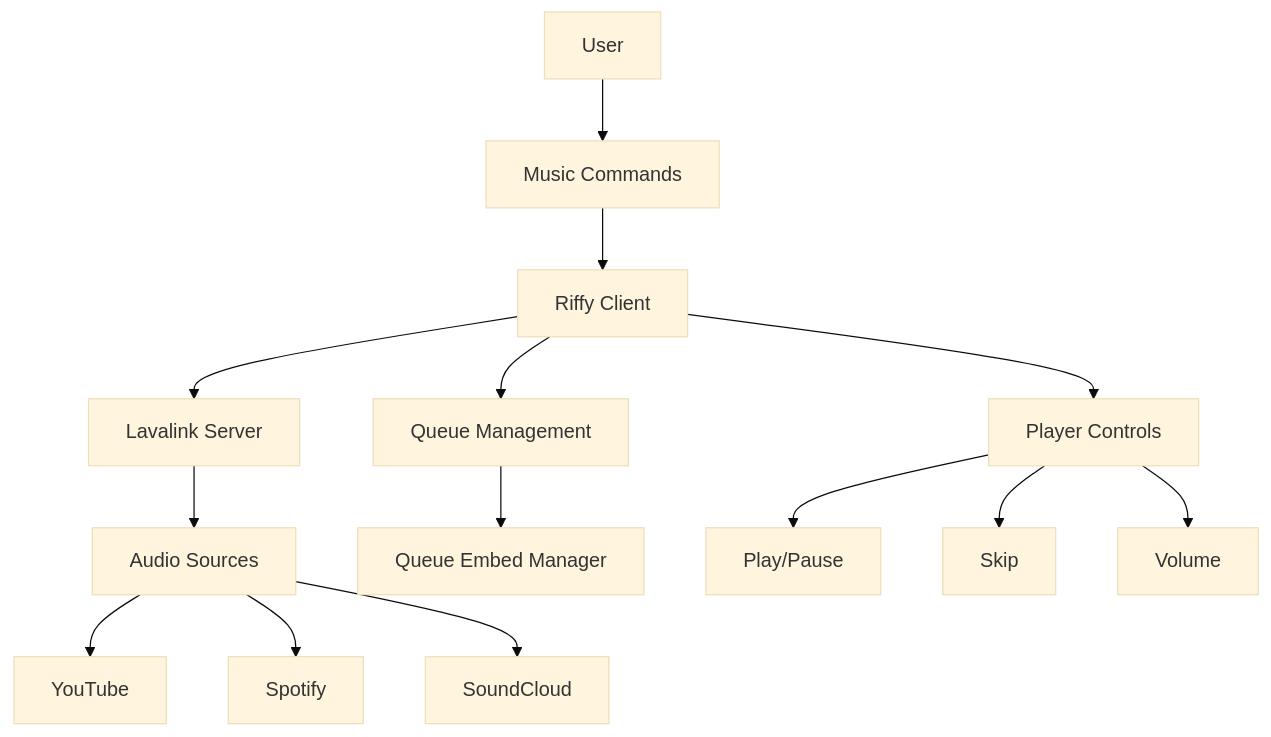
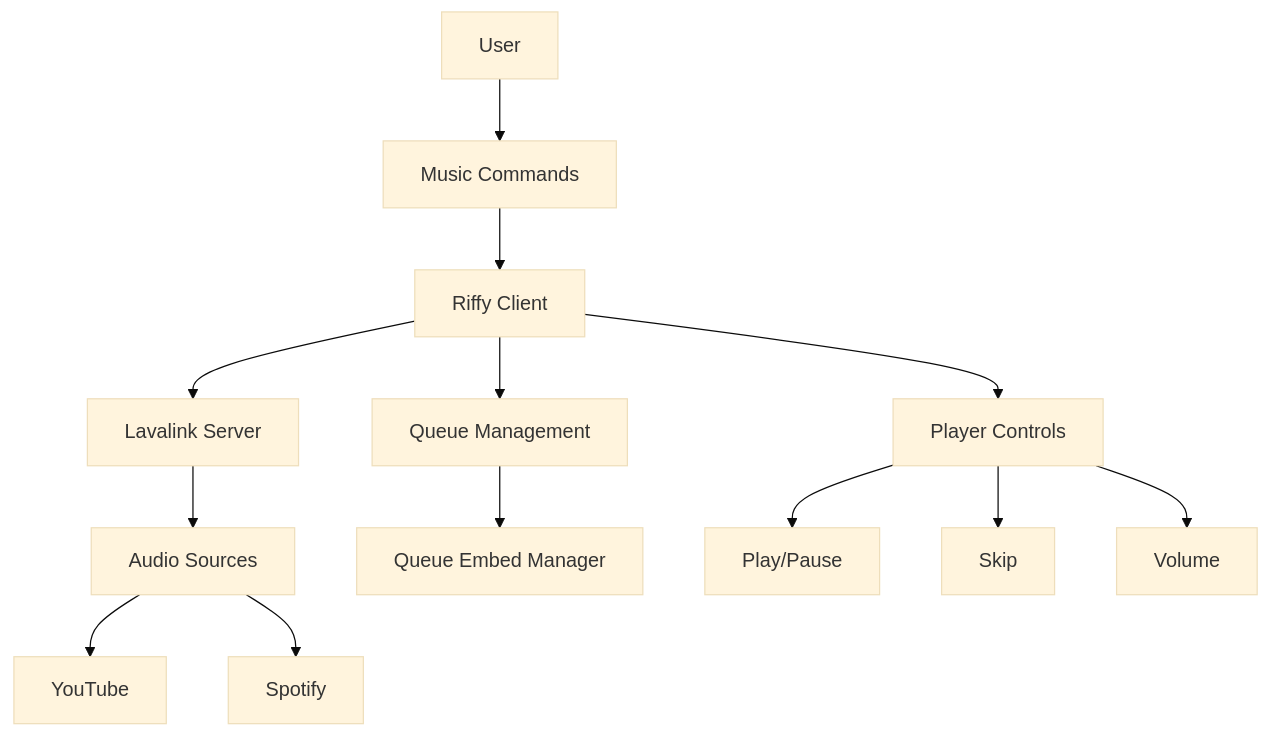
The fourth of 5 diagrams in docs/diagrams/architecture.md (FortusHD/YippieBot), drawn with Mermaid (base theme) before and after one commit. The commit also changed 3 other files, not shown here.

````diff
--- a/docs/diagrams/architecture.md
+++ b/docs/diagrams/architecture.md
@@ -93,18 +93,17 @@
 ```mermaid
 graph TD
     A[User] --> B[Music Commands]
     B --> C[Riffy Client]
     C --> D[Lavalink Server]
     D --> E[Audio Sources]
     E --> F[YouTube]
     E --> G[Spotify]
-    E --> H[SoundCloud]
     
     C --> I[Queue Management]
     I --> J[Queue Embed Manager]
     
     C --> K[Player Controls]
     K --> L[Play/Pause]
     K --> M[Skip]
     K --> N[Volume]
 ```
````
